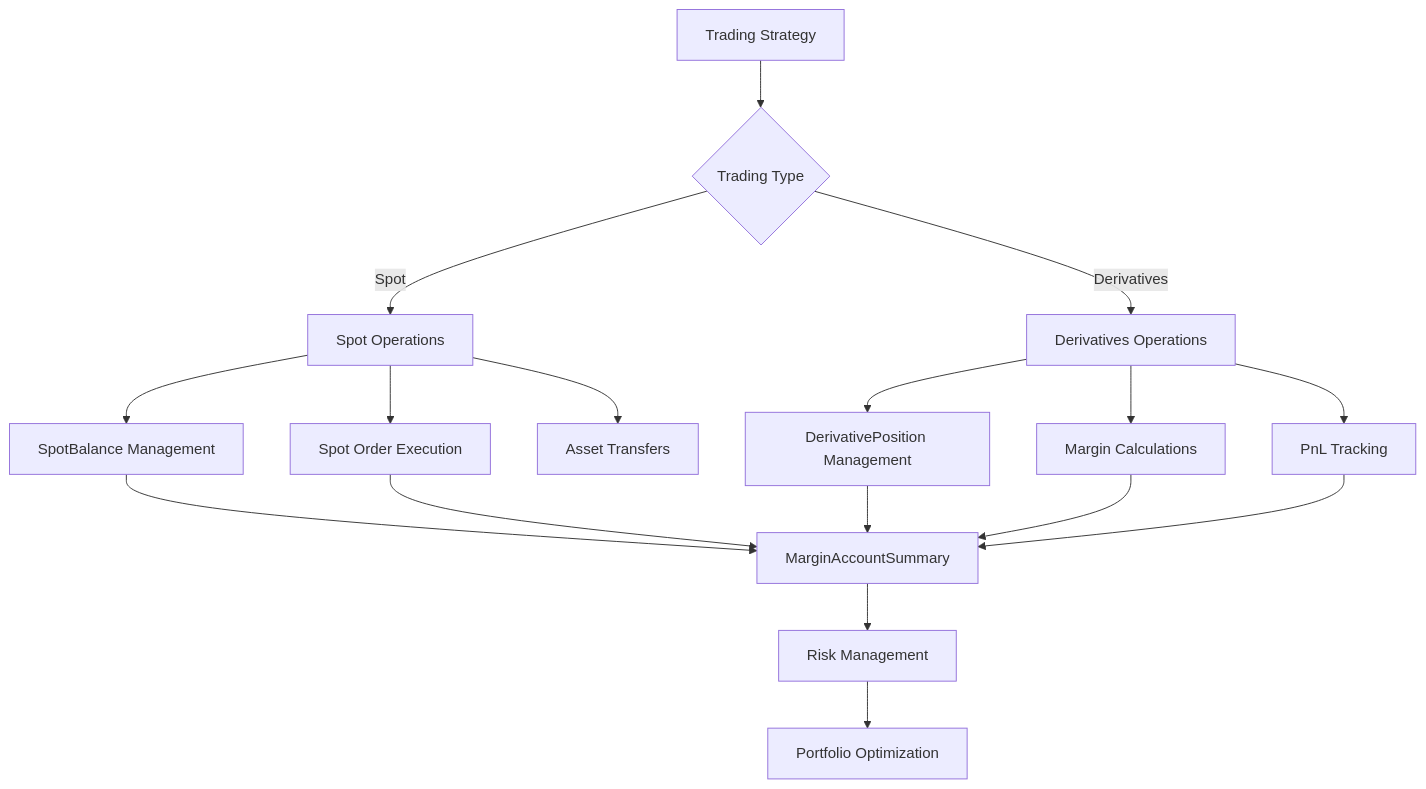
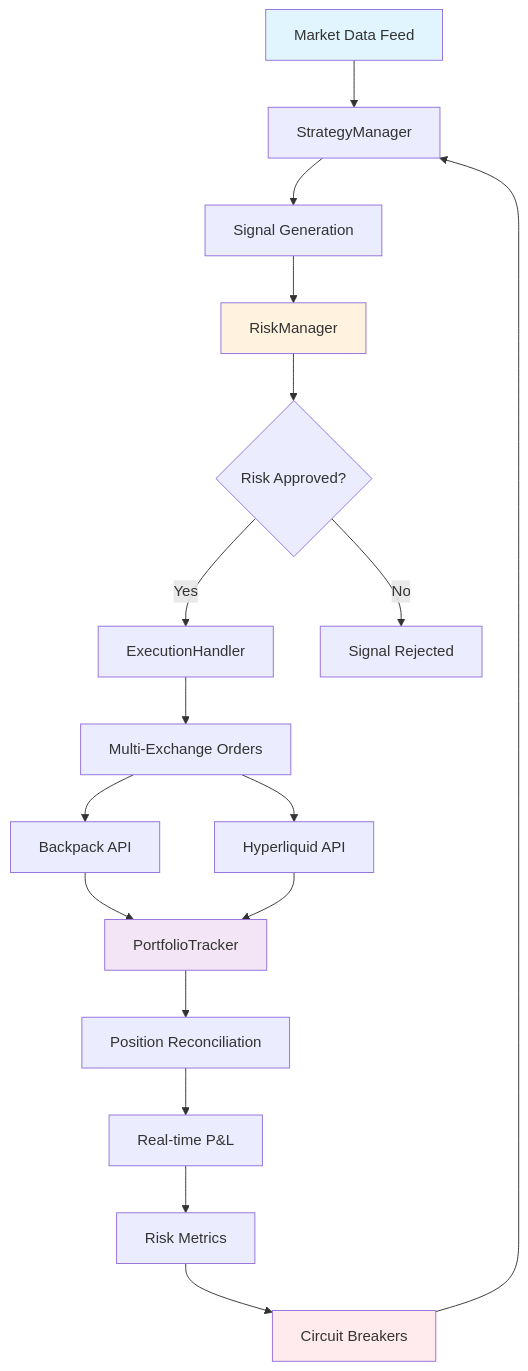
One commit to plataplomo/hummingbot changed the first of 11 diagrams in workflow/spot_vs_derivatives_tests_analysis.md. Above: the diagram before and after it, drawn with Mermaid. The commit also changed other lines of this file and 58 other files, not shown here.

````diff
--- a/workflow/spot_vs_derivatives_tests_analysis.md
+++ b/workflow/spot_vs_derivatives_tests_analysis.md
@@ -53,23 +53,27 @@
 ```mermaid
 graph TB
-    A[Trading Strategy] --> B{Trading Type}
-    B -->|Spot| C[Spot Operations]
-    B -->|Derivatives| D[Derivatives Operations]
+    A[Market Data Feed] --> B[StrategyManager]
+    B --> C[Signal Generation]
+    C --> D[RiskManager]
+    D --> E{Risk Approved?}
+    E -->|Yes| F[ExecutionHandler]
+    E -->|No| G[Signal Rejected]
     
-    C --> C1[SpotBalance Management]
-    C --> C2[Spot Order Execution]
-    C --> C3[Asset Transfers]
+    F --> H[Multi-Exchange Orders]
+    H --> I[Backpack API]
+    H --> J[Hyperliquid API]
     
-    D --> D1[DerivativePosition Management]
-    D --> D2[Margin Calculations]
-    D --> D3[PnL Tracking]
+    I --> K[PortfolioTracker]
+    J --> K
     
-    C1 --> E[MarginAccountSummary]
-    C2 --> E
-    D1 --> E
-    D2 --> E
-    D3 --> E
+    K --> L[Position Reconciliation]
+    L --> M[Real-time P&L]
+    M --> N[Risk Metrics]
+    N --> O[Circuit Breakers]
+    O --> B
     
-    E --> F[Risk Management]
-    F --> G[Portfolio Optimization]
+    style A fill:#e1f5fe
+    style K fill:#f3e5f5
+    style D fill:#fff3e0
+    style O fill:#ffebee
 ```
````
